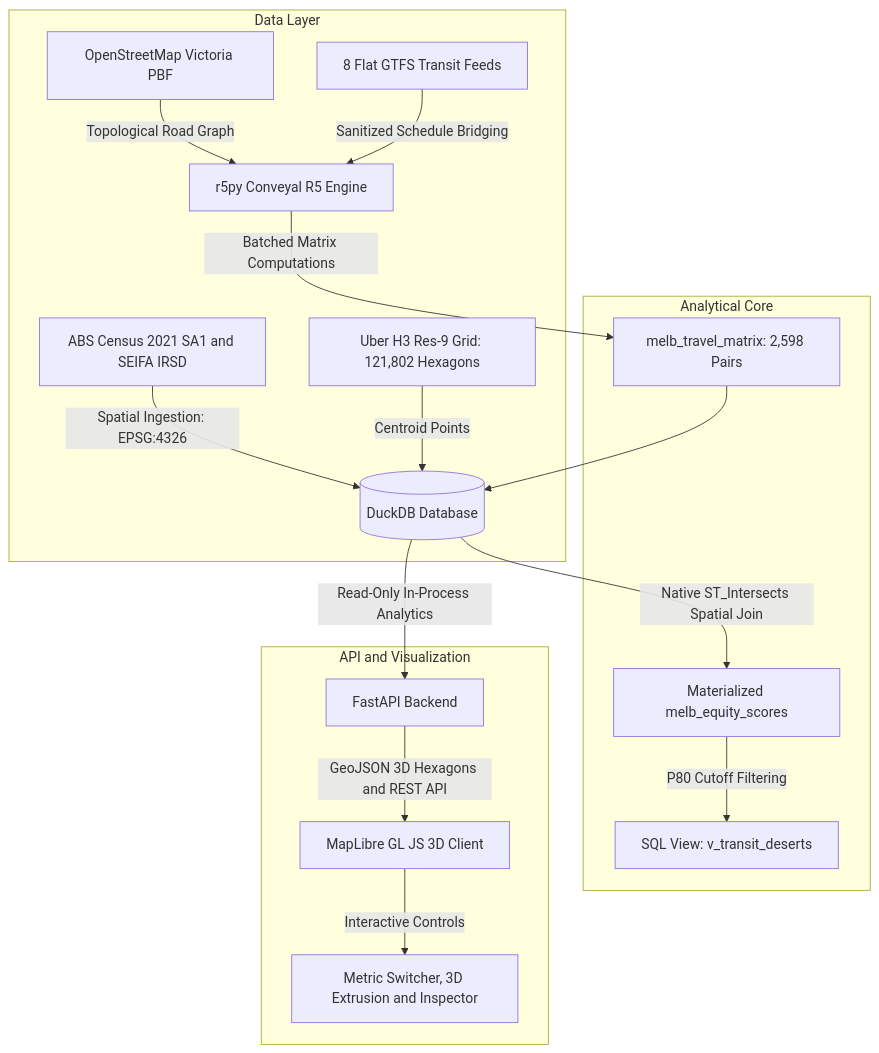
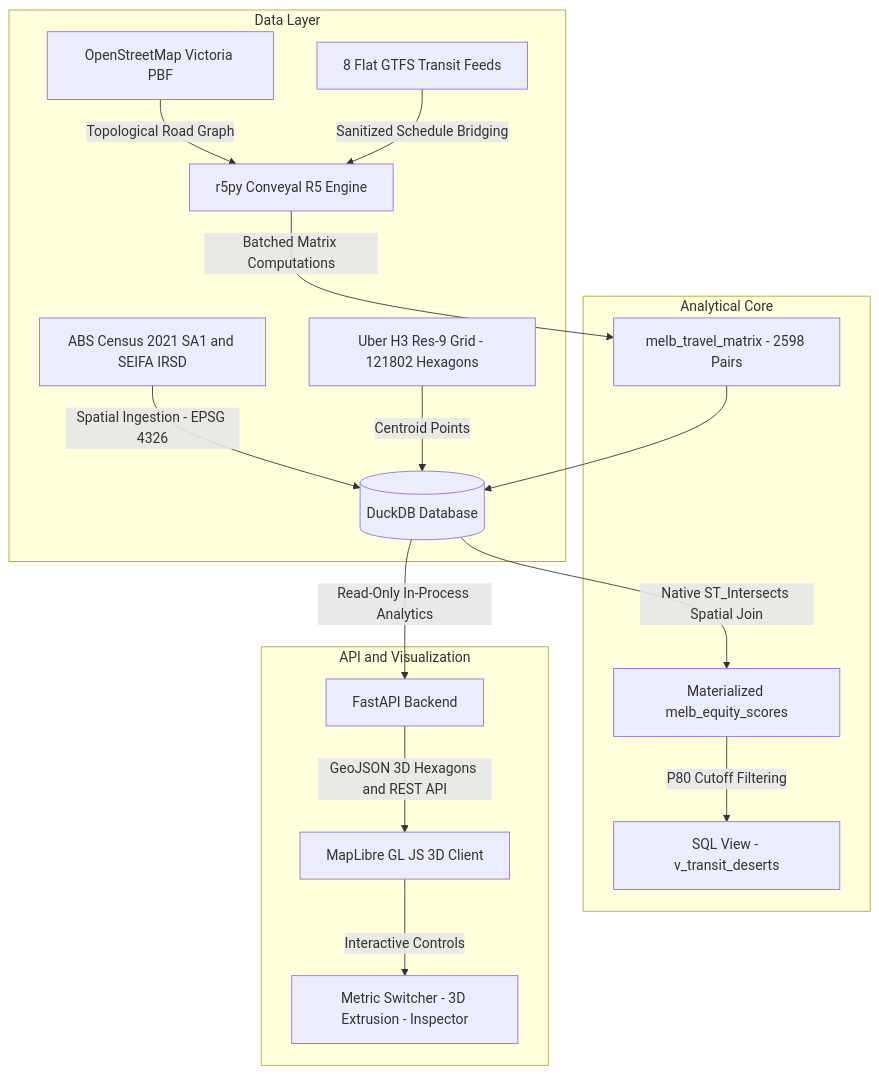
Before and after one commit to SharlEclair/transit-desert-platform: the diagram in README.md, drawn with Mermaid.

Commit message:
docs: sanitize Mermaid punctuation in architecture diagram for GitHub rendering

````diff
--- a/README.md
+++ b/README.md
@@ -30,22 +30,22 @@
 ```mermaid
 graph TD
     subgraph "Data Layer"
-        A1["ABS Census 2021 SA1 and SEIFA IRSD"] -->|"Spatial Ingestion: EPSG:4326"| D[("DuckDB Database")]
+        A1["ABS Census 2021 SA1 and SEIFA IRSD"] -->|"Spatial Ingestion - EPSG 4326"| D[("DuckDB Database")]
         A2["OpenStreetMap Victoria PBF"] -->|"Topological Road Graph"| R5["r5py Conveyal R5 Engine"]
         A3["8 Flat GTFS Transit Feeds"] -->|"Sanitized Schedule Bridging"| R5
-        A4["Uber H3 Res-9 Grid: 121,802 Hexagons"] -->|"Centroid Points"| D
+        A4["Uber H3 Res-9 Grid - 121802 Hexagons"] -->|"Centroid Points"| D
     end
 
     subgraph "Analytical Core"
-        R5 -->|"Batched Matrix Computations"| TM["melb_travel_matrix: 2,598 Pairs"]
+        R5 -->|"Batched Matrix Computations"| TM["melb_travel_matrix - 2598 Pairs"]
         TM --> D
         D -->|"Native ST_Intersects Spatial Join"| EQ["Materialized melb_equity_scores"]
-        EQ -->|"P80 Cutoff Filtering"| VD["SQL View: v_transit_deserts"]
+        EQ -->|"P80 Cutoff Filtering"| VD["SQL View - v_transit_deserts"]
     end
 
     subgraph "API and Visualization"
         D -->|"Read-Only In-Process Analytics"| API["FastAPI Backend"]
         API -->|"GeoJSON 3D Hexagons and REST API"| UI["MapLibre GL JS 3D Client"]
-        UI -->|"Interactive Controls"| UX["Metric Switcher, 3D Extrusion and Inspector"]
+        UI -->|"Interactive Controls"| UX["Metric Switcher - 3D Extrusion - Inspector"]
     end
 ```
````
